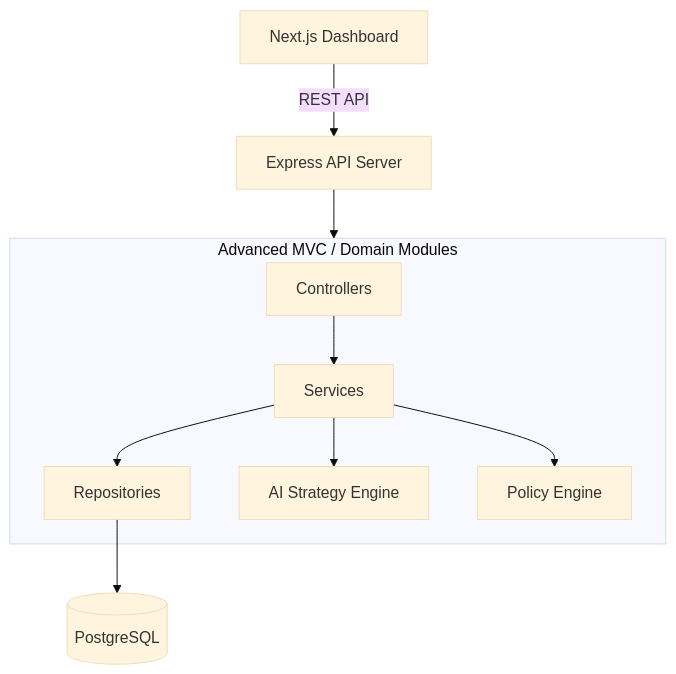
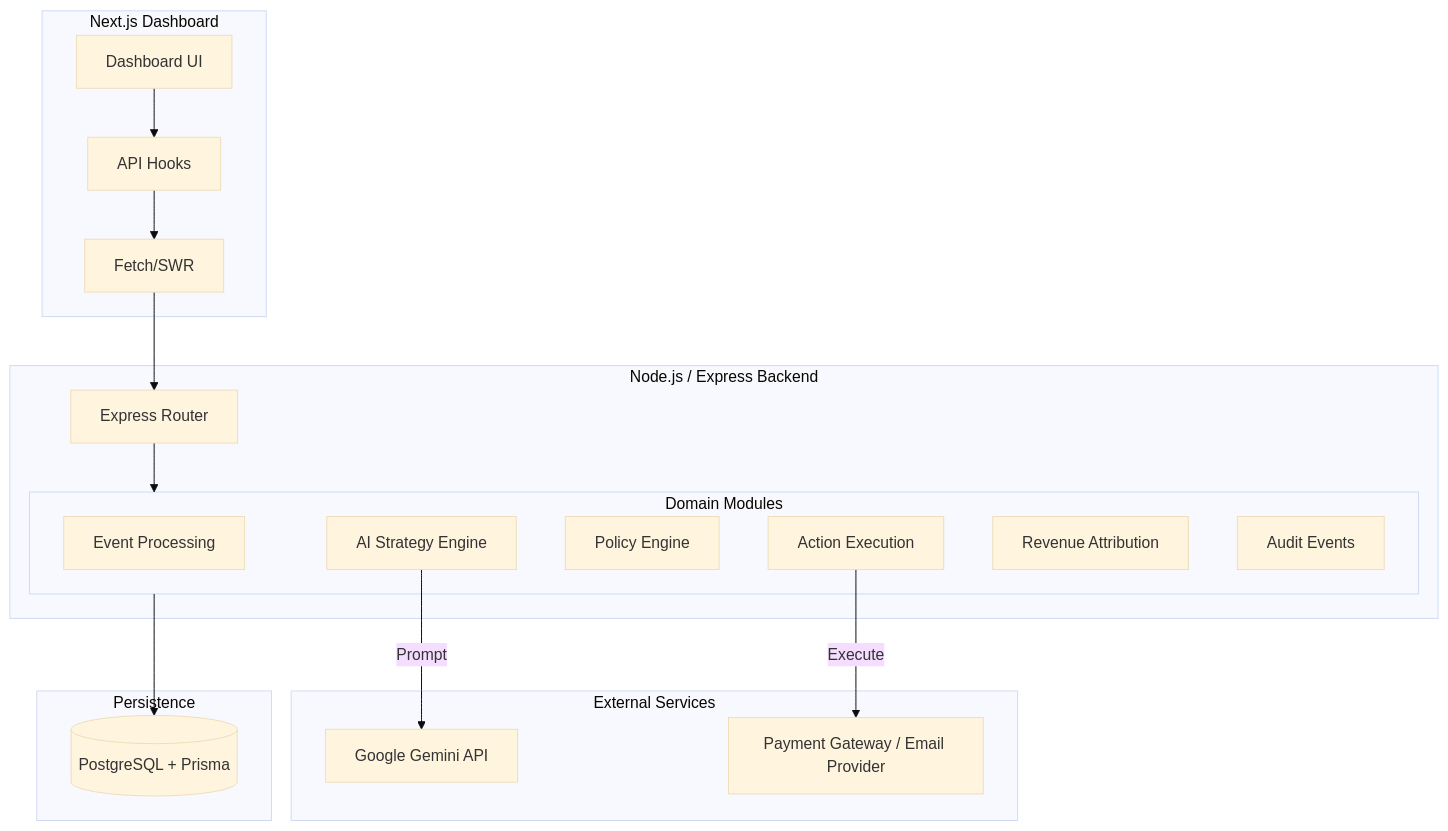
Before and after one commit to abhishekmishra28/ai-revenue-recovery: the diagram in ARCHITECTURE.MD, drawn with Mermaid (base theme). The commit also changed other lines of this file and 21 other files, not shown here.

````diff
--- a/ARCHITECTURE.MD
+++ b/ARCHITECTURE.MD
@@ -16,14 +7,31 @@
 ```mermaid
 graph TD
-    Client[Next.js Dashboard] --> |REST API| Server[Express API Server]
-    
-    subgraph Backend [Advanced MVC / Domain Modules]
-        Controllers --> Services
-        Services --> Repositories
-        Services --> AIEngine[AI Strategy Engine]
-        Services --> PolicyEngine[Policy Engine]
+    subgraph Client [Next.js Dashboard]
+        A[Dashboard UI] --> B[API Hooks]
+        B --> C[Fetch/SWR]
     end
-    
-    Server --> Backend
-    Repositories --> DB[(PostgreSQL)]
+
+    subgraph Server [Node.js / Express Backend]
+        C --> D[Express Router]
+        
+        subgraph Domains [Domain Modules]
+            E[Event Processing]
+            F[AI Strategy Engine]
+            G[Policy Engine]
+            H[Action Execution]
+            I[Revenue Attribution]
+            J[Audit Events]
+        end
+        
+        D --> Domains
+    end
+
+    subgraph External [External Services]
+        F -->|Prompt| K[Google Gemini API]
+        H -->|Execute| L[Payment Gateway / Email Provider]
+    end
+
+    subgraph Data [Persistence]
+        Domains --> M[(PostgreSQL + Prisma)]
+    end
 ```
````
